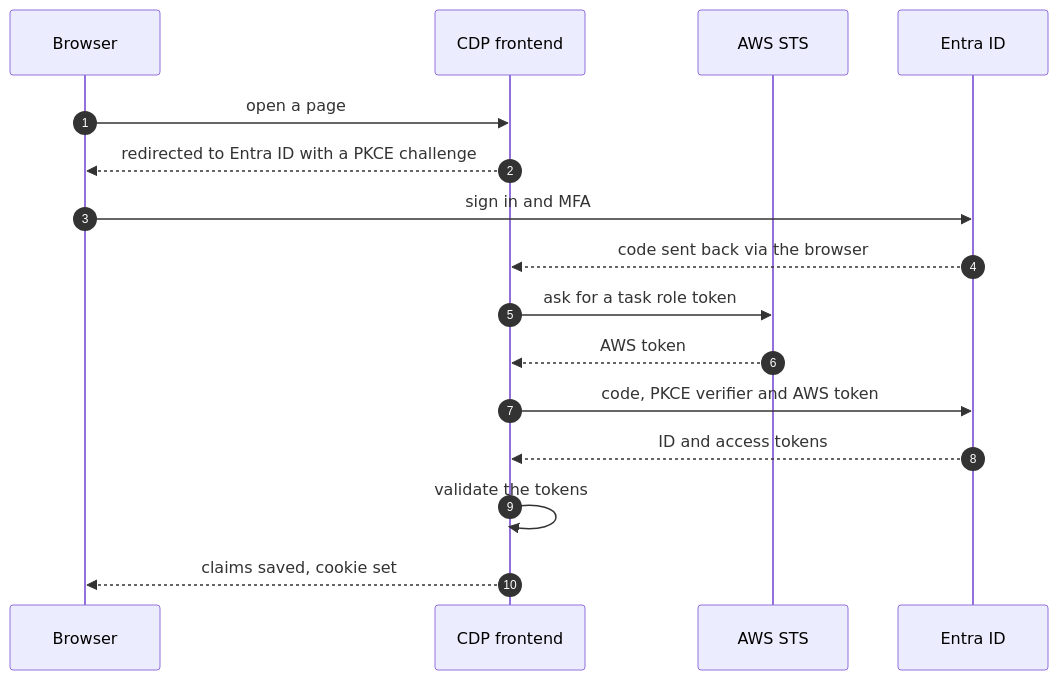
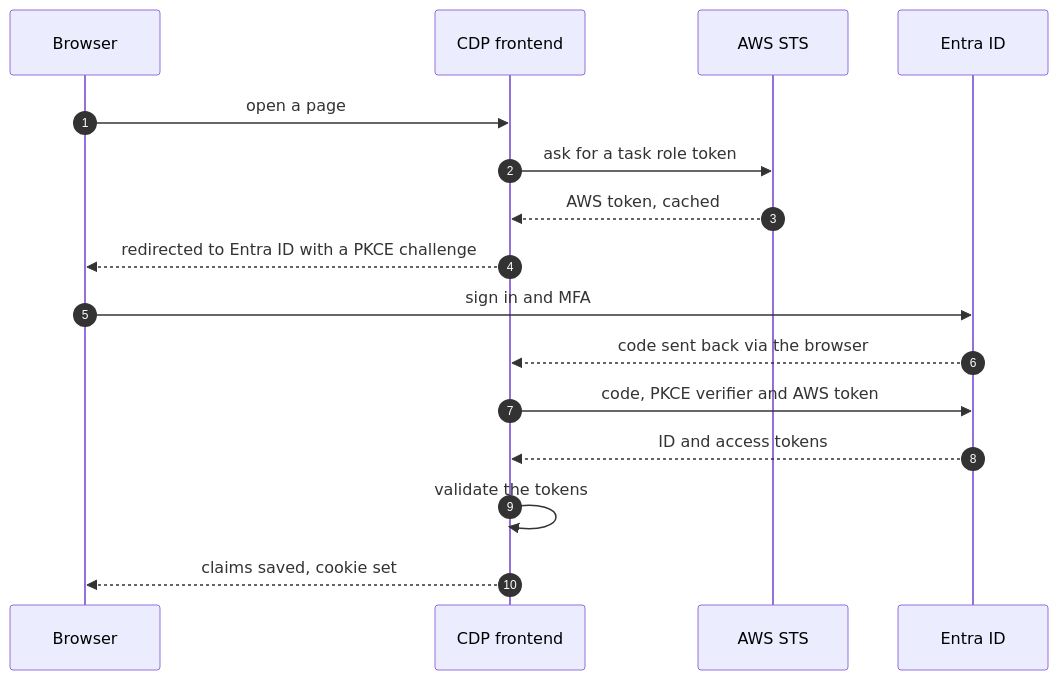
The second of 2 diagrams in hld/Entra-ID-sign-in-CDP-high-level-design.md (DEFRA/epr-regulator-login-poc-frontend), drawn with Mermaid before and after one commit. The commit also changed other lines of this file, not shown here.

````diff
--- a/hld/Entra-ID-sign-in-CDP-high-level-design.md
+++ b/hld/Entra-ID-sign-in-CDP-high-level-design.md
@@ -85,18 +85,18 @@
 ```mermaid
 sequenceDiagram
     autonumber
     participant B as Browser
     participant FE as CDP frontend
     participant STS as AWS STS
     participant E as Entra ID
     B->>FE: open a page
+    FE->>STS: ask for a task role token
+    STS-->>FE: AWS token, cached
     FE-->>B: redirected to Entra ID with a PKCE challenge
     B->>E: sign in and MFA
     E-->>FE: code sent back via the browser
-    FE->>STS: ask for a task role token
-    STS-->>FE: AWS token
     FE->>E: code, PKCE verifier and AWS token
     E-->>FE: ID and access tokens
     FE->>FE: validate the tokens
     FE-->>B: claims saved, cookie set
 ```
````
